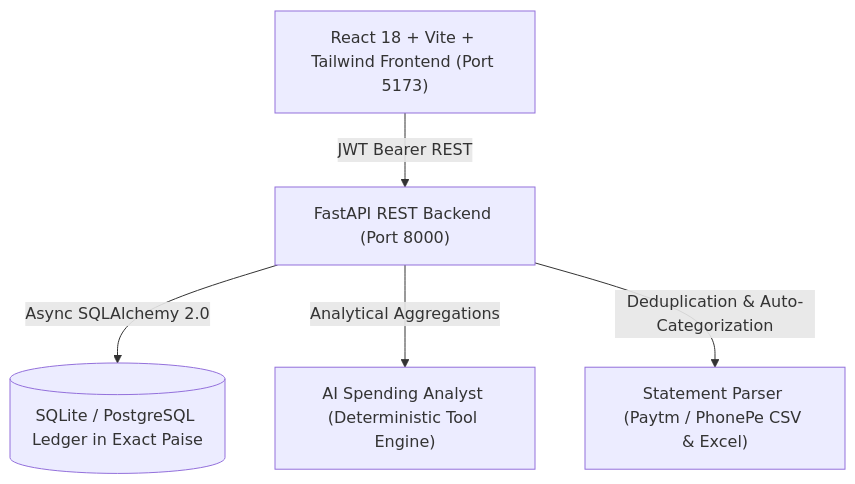
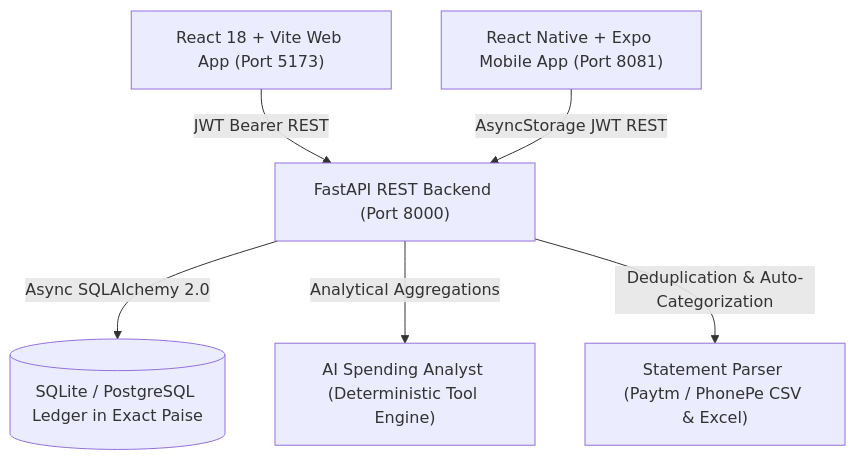
The diagram in README.md (navneetcs30-png/Smartspend-System-Architecture), drawn with Mermaid before and after one commit. The commit also changed other lines of this file and 20 other files, not shown here.

Commit message:
feat: Add React Native Expo mobile application with classic dark theme, offline storage, and financial ledger integration

````diff
--- a/README.md
+++ b/README.md
@@ -24,13 +24,15 @@
 ```mermaid
 graph TD
-    Client["React 18 + Vite + Tailwind Frontend (Port 5173)"]
+    WebClient["React 18 + Vite Web App (Port 5173)"]
+    MobileClient["React Native + Expo Mobile App (Port 8081)"]
     API["FastAPI REST Backend (Port 8000)"]
     DB[(SQLite / PostgreSQL Ledger in Exact Paise)]
     AI["AI Spending Analyst (Deterministic Tool Engine)"]
     Parser["Statement Parser (Paytm / PhonePe CSV & Excel)"]
 
-    Client -->|JWT Bearer REST| API
+    WebClient -->|JWT Bearer REST| API
+    MobileClient -->|AsyncStorage JWT REST| API
     API -->|Async SQLAlchemy 2.0| DB
     API -->|Analytical Aggregations| AI
     API -->|Deduplication & Auto-Categorization| Parser
 ```
````
